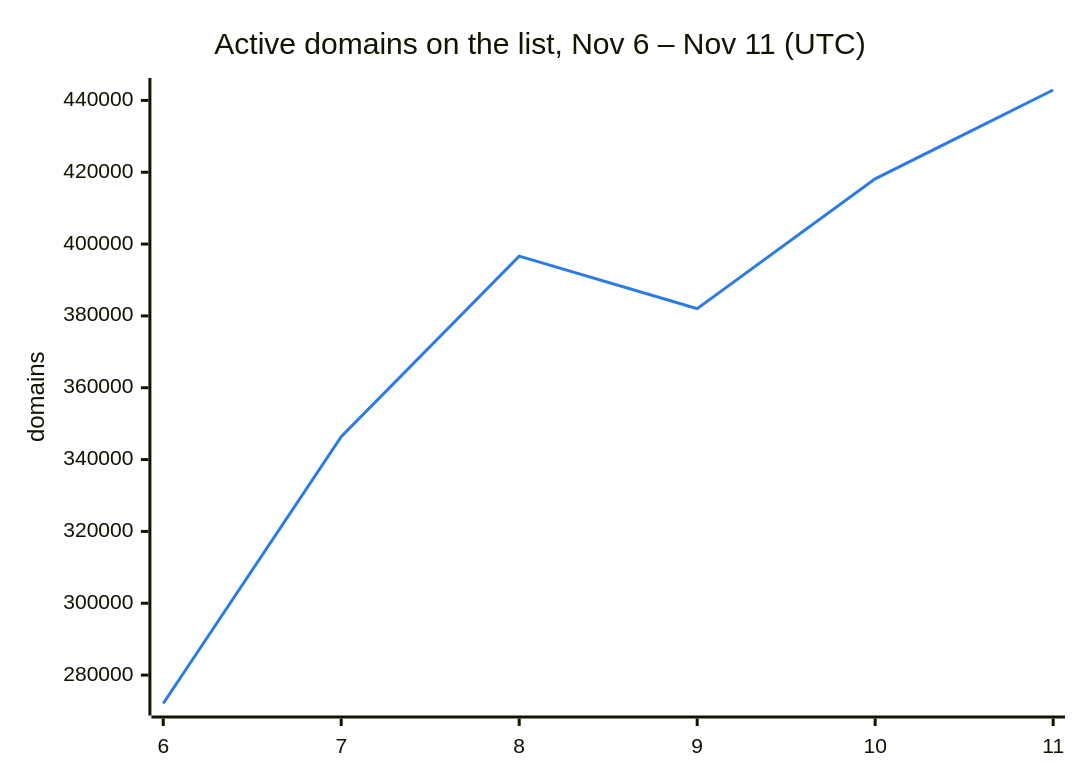
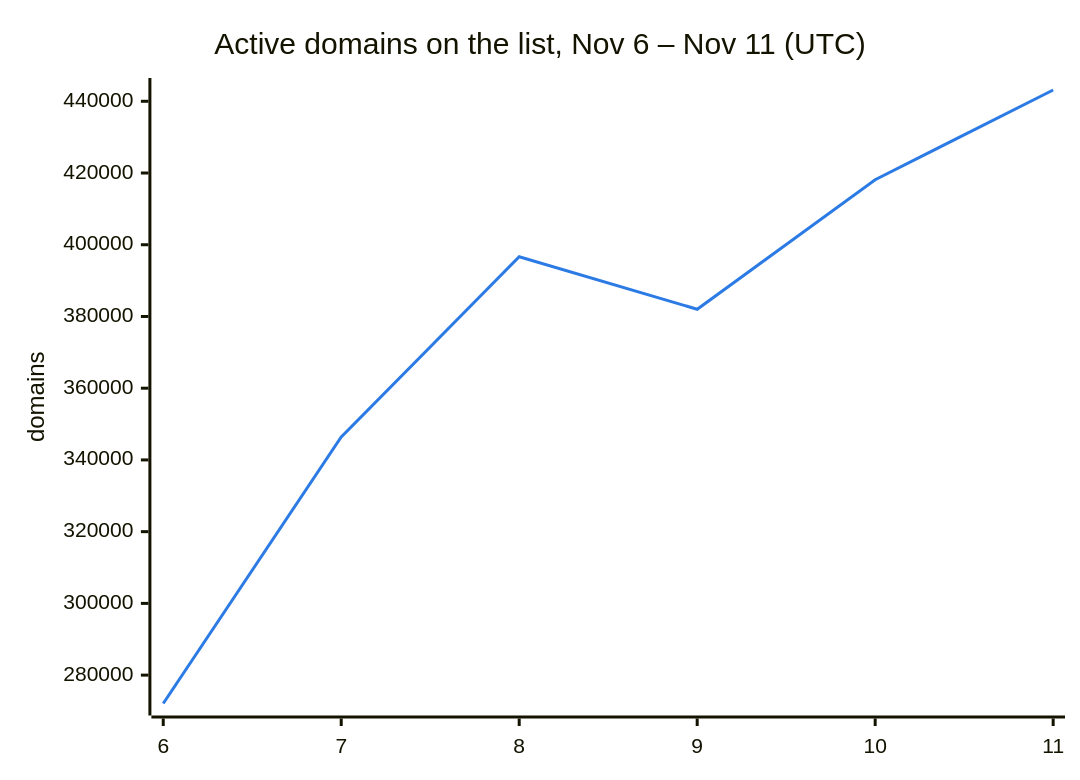
Before and after one commit to DNSBunker/CTI: the second of 3 diagrams in README.md, drawn with Mermaid. The commit also changed other lines of this file and 3 other files, not shown here.

````diff
--- a/README.md
+++ b/README.md
@@ -38,8 +38,8 @@
 ```mermaid
 %%{init: {"themeVariables": {"xyChart": {"plotColorPalette": "#2c7be5"}}}}%%
 xychart-beta
     title "Active domains on the list, Nov 6 – Nov 11 (UTC)"
     x-axis ["6", "7", "8", "9", "10", "11"]
     y-axis "domains"
-    line [272088, 346388, 396638, 382009, 418143, 442895]
+    line [272088, 346388, 396638, 382009, 418143, 443144]
 ```
````
